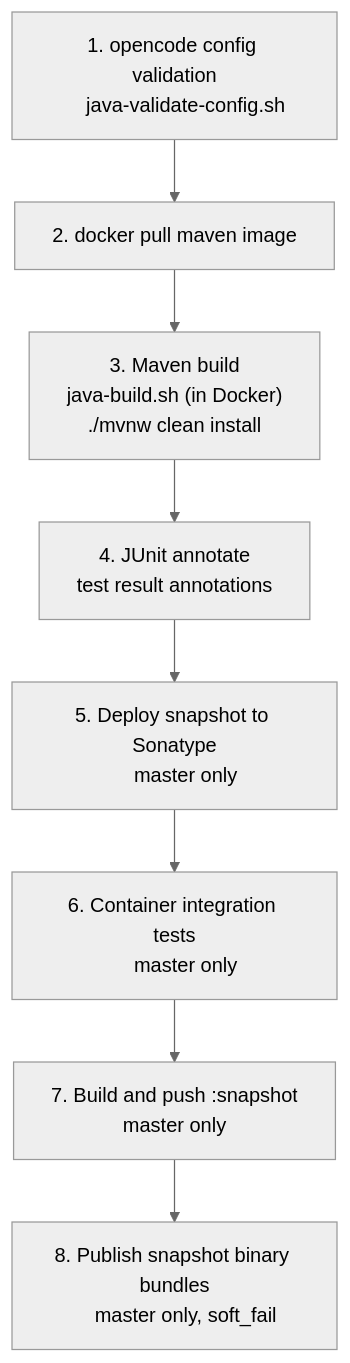
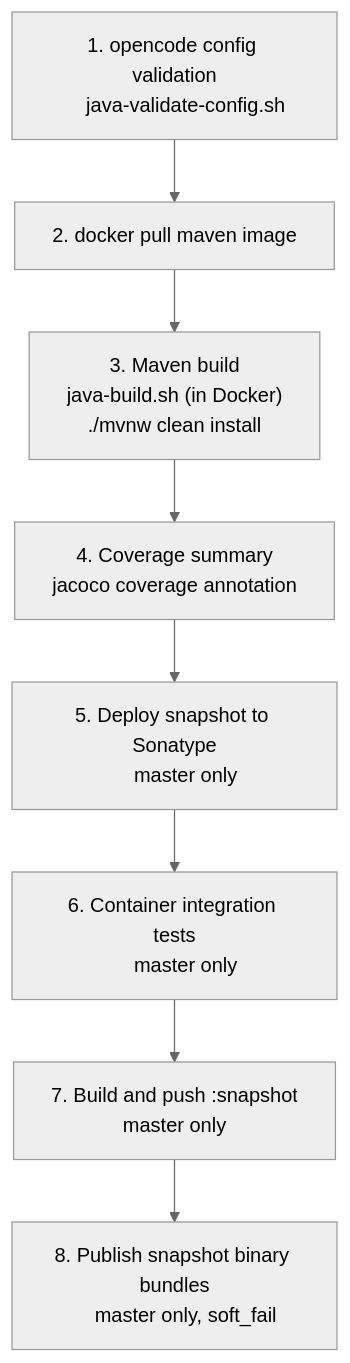
One commit to sean8601/mockserver-monorepo changed the third of 7 diagrams in docs/infrastructure/ci-cd.md. Above: the diagram before and after it, drawn with Mermaid (neutral theme). The commit also changed other lines of this file, not shown here.

Commit message:
docs(ci): reflect failing-only artefacts + coverage-summary step
The Java pipeline no longer uploads per-class TEST-*.xml or runs the
junit-annotate step. Update ci-cd.md: the build step now collects only
failing-test artefacts (failed-tests/**) plus logs, jacoco, and the shaded JAR;
the former "JUnit Annotate" step is now the jacoco "Coverage Summary"
(java-summarize.sh), with the flow diagram updated to match.

````diff
--- a/docs/infrastructure/ci-cd.md
+++ b/docs/infrastructure/ci-cd.md
@@ -197,20 +197,20 @@
 ```mermaid
 flowchart TD
     CONFIG["1. opencode config validation
     java-validate-config.sh"]
     PULL["2. docker pull maven image"]
     CONFIG --> PULL
     PULL --> BUILD["3. Maven build
     java-build.sh (in Docker)
     ./mvnw clean install"]
-    BUILD --> JUNIT["4. JUnit annotate
-    test result annotations"]
-    JUNIT --> DEPLOY["5. Deploy snapshot to Sonatype
+    BUILD --> SUMMARY["4. Coverage summary
+    jacoco coverage annotation"]
+    SUMMARY --> DEPLOY["5. Deploy snapshot to Sonatype
     master only"]
     DEPLOY --> CTESTS["6. Container integration tests
     master only"]
     CTESTS --> PUSH["7. Build and push :snapshot
     master only"]
     PUSH --> BUNDLES["8. Publish snapshot binary bundles
     master only, soft_fail"]
 ```
````
